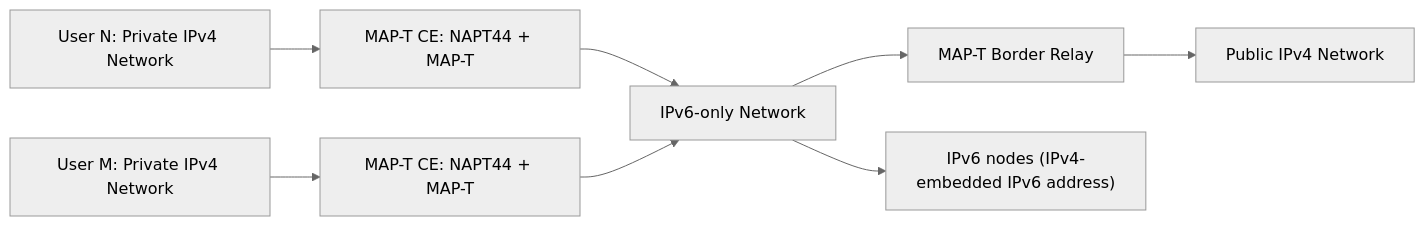
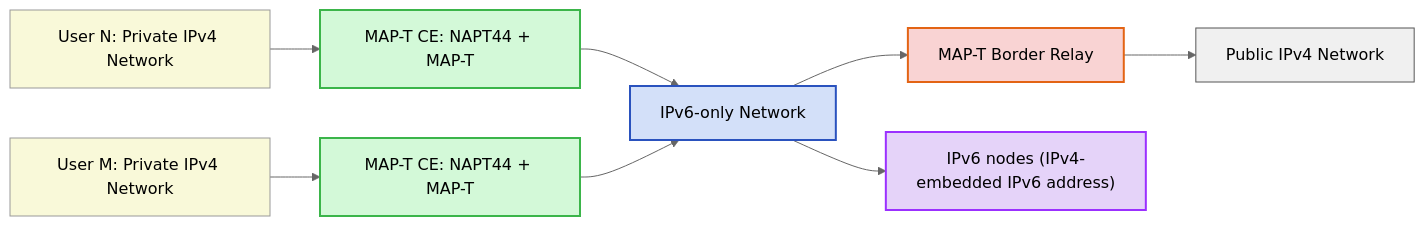
One commit to simonebortolin/bortolin.io changed the first of 4 diagrams in docs/post/2026-03-21-cgnat-map-t-map-e-e-le-codifiche-di-caratteri/index.md. Above: the diagram before and after it, drawn with Mermaid (neutral theme). The commit also changed other lines of this file, not shown here.

First line of the commit message:
Enhance documentation with mermaid diagrams

````diff
--- a/docs/post/2026-03-21-cgnat-map-t-map-e-e-le-codifiche-di-caratteri/index.md
+++ b/docs/post/2026-03-21-cgnat-map-t-map-e-e-le-codifiche-di-caratteri/index.md
@@ -153,25 +153,34 @@
 ```mermaid
 flowchart LR
     %% Left side - User N
     U1["User N: Private IPv4 Network"]
     CE1["MAP-T CE: NAPT44 + MAP-T"]
 
     %% Right side - User M
     U2["User M: Private IPv4 Network"]
     CE2["MAP-T CE: NAPT44 + MAP-T"]
 
     %% Core network
     CORE["IPv6-only Network"]
     BR["MAP-T Border Relay"]
     V4["Public IPv4 Network"]
 
     %% IPv6 nodes
     V6N["IPv6 nodes (IPv4-embedded IPv6 address)"]
 
     %% Connections
     U1 --> CE1 --> CORE
     U2 --> CE2 --> CORE
 
     CORE --> BR --> V4
     CORE --> V6N
+
+    style U1 fill:#f9f9d9,stroke:#999,stroke-width:1px
+    style U2 fill:#f9f9d9,stroke:#999,stroke-width:1px
+    style CE1 fill:#d3f9d8,stroke:#3bb54a,stroke-width:2px
+    style CE2 fill:#d3f9d8,stroke:#3bb54a,stroke-width:2px
+    style CORE fill:#d3e0f9,stroke:#2a52be,stroke-width:2px
+    style BR fill:#f9d3d3,stroke:#e36414,stroke-width:2px
+    style V4 fill:#f0f0f0,stroke:#555,stroke-width:1px
+    style V6N fill:#e5d3f9,stroke:#9b30ff,stroke-width:2px
 ```
````
